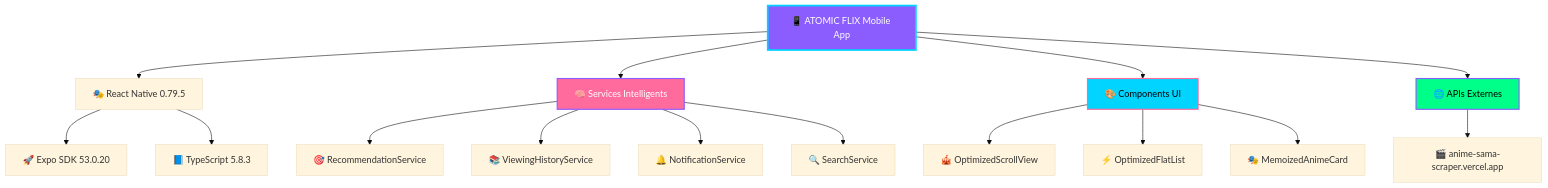
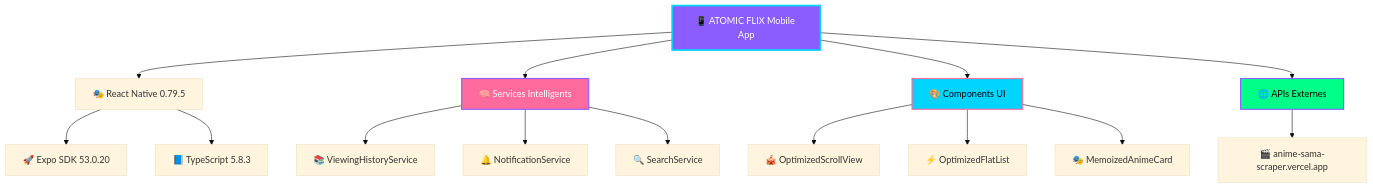
One commit to Atomic-tech-Shadow/Atomic-flix-mobile changed the diagram in README.md. Above: the diagram before and after it, drawn with Mermaid (base theme). The commit also changed other lines of this file, not shown here.

````diff
--- a/README.md
+++ b/README.md
@@ -94,25 +94,24 @@
 ```mermaid
 graph TB
     A[📱 ATOMIC FLIX Mobile App] --> B[🎭 React Native 0.79.5]
     B --> C[🚀 Expo SDK 53.0.20]
     B --> D[📘 TypeScript 5.8.3]
     
     A --> E[🧠 Services Intelligents]
-    E --> F[🎯 RecommendationService]
-    E --> G[📚 ViewingHistoryService]
-    E --> H[🔔 NotificationService]
-    E --> I[🔍 SearchService]
+    E --> F[📚 ViewingHistoryService]
+    E --> G[🔔 NotificationService]
+    E --> H[🔍 SearchService]
     
     A --> J[🎨 Components UI]
     J --> K[🎪 OptimizedScrollView]
     J --> L[⚡ OptimizedFlatList]
     J --> M[🎭 MemoizedAnimeCard]
     
     A --> N[🌐 APIs Externes]
     N --> O[🎬 anime-sama-scraper.vercel.app]
     
     style A fill:#8B5DFF,stroke:#00D4FF,stroke-width:3px,color:#fff
     style E fill:#FF6B9D,stroke:#8B5DFF,stroke-width:2px,color:#fff
     style J fill:#00D4FF,stroke:#FF6B9D,stroke-width:2px,color:#000
     style N fill:#00FF88,stroke:#8B5DFF,stroke-width:2px,color:#000
 ```
````
